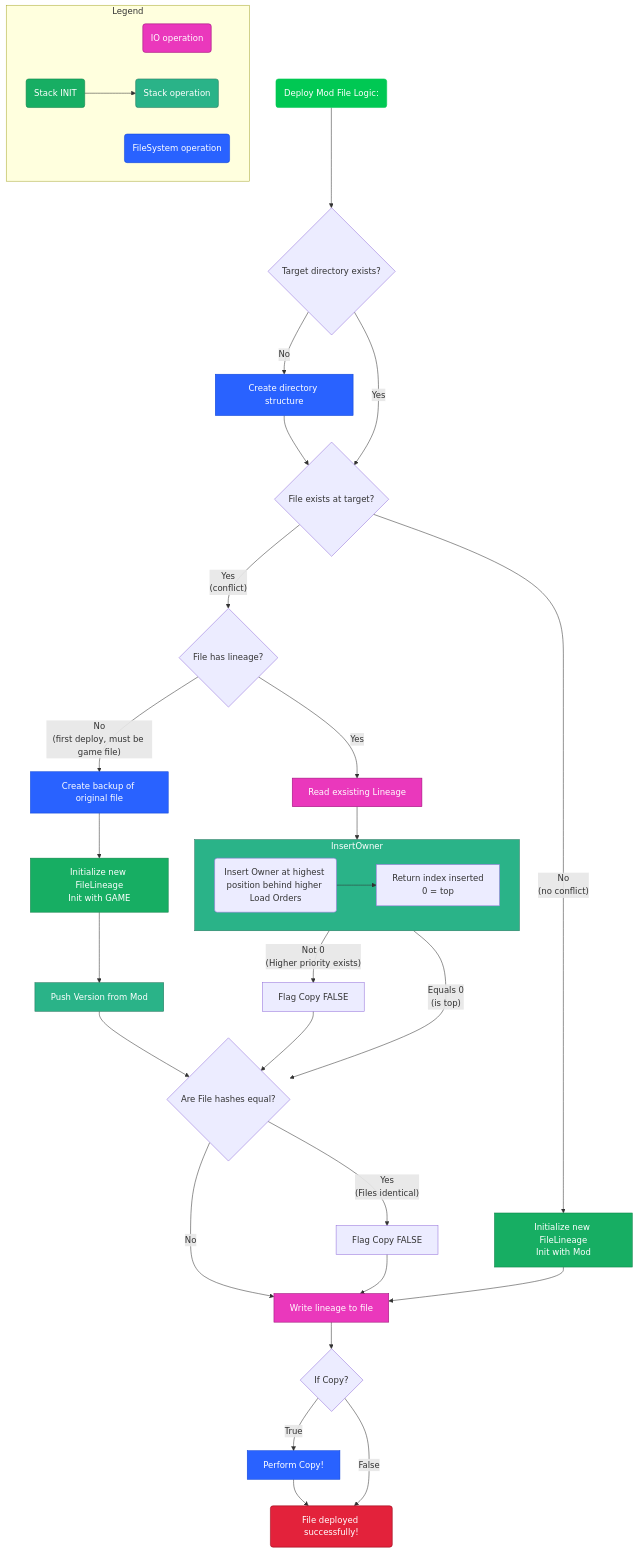
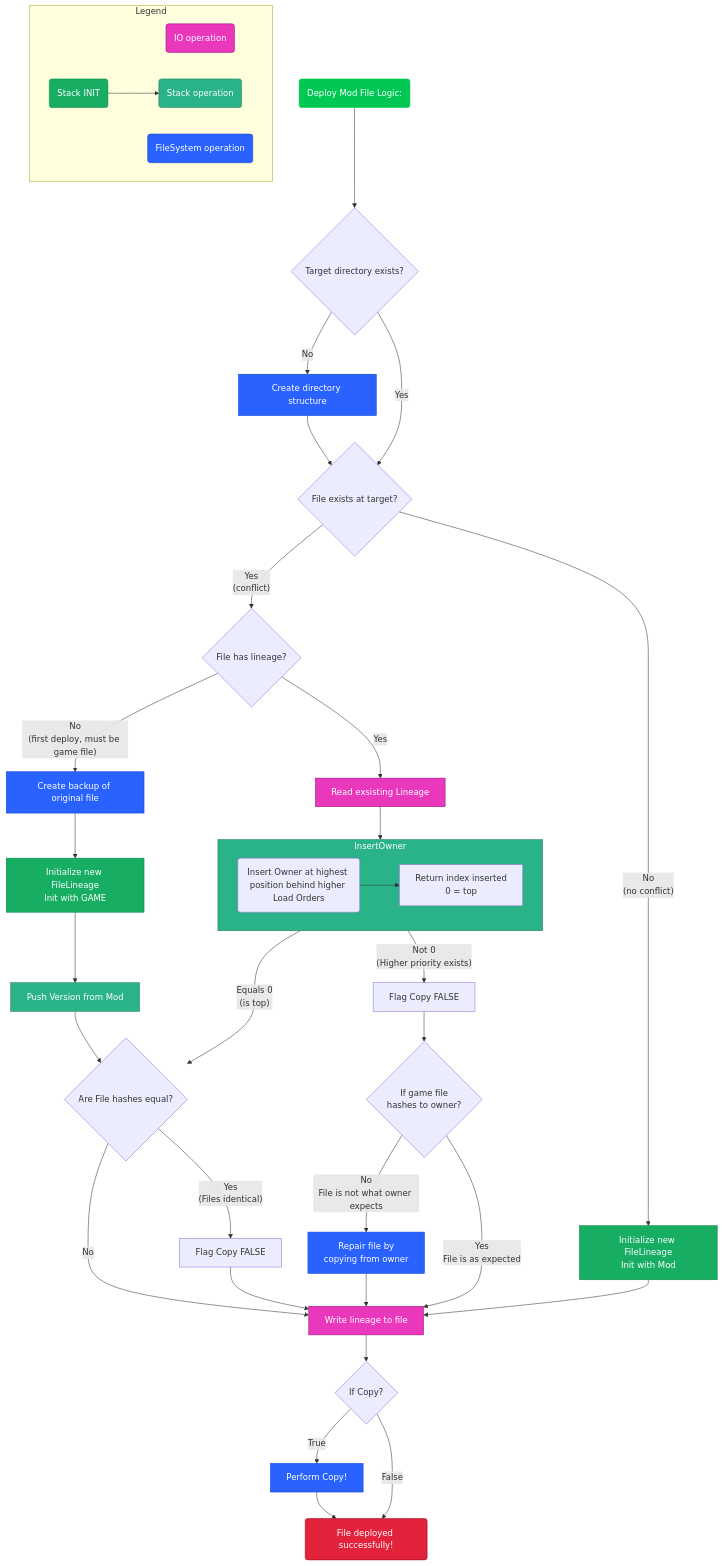
One commit to Onberg47/FileChange_Mod_Manager changed the diagram in docs/diagrams/ModFile_copy_logic.mmd. Above: the diagram before and after it, drawn with Mermaid. The commit also changed 9 other files, not shown here.

First line of the commit message:
mod deploy bugfix. Fixed FileLineage not being handled correclty when mod are deployed, the ordering of the stack was wrong.

```diff
--- a/docs/diagrams/ModFile_copy_logic.mmd
+++ b/docs/diagrams/ModFile_copy_logic.mmd
@@ -1,83 +1,89 @@
 %% Author Stephanos B
 %% Date: 24/12/2025
 %% Describes the code used to handle any file copy actions to the Game Files.
 
 flowchart TD
     Start(Deploy Mod File Logic:) --> CheckDir{Target directory exists?}
     
     CheckDir -- No
         --> CreateDir[Create directory structure]
         --> CheckFile{File exists at target?}
     CheckDir -- Yes
         --> CheckFile
     
     CheckFile -- Yes<br/>(conflict)
         --> CheckLineage{File has lineage?}
     
         CheckLineage -- No<br/>(first deploy, must be game file)
             --> CreateBackup[Create backup of original file]
             --> InitLineageGAME[Initialize new FileLineage<br>Init with GAME]
             --> PushVersionMod[Push Version from Mod]
             --> CheckHash
         
         CheckLineage -- Yes
         --> ReadLineage[Read exsisting Lineage]
         --> InsertOwner
 
         InsertOwner -- Equals 0<br>(is top)
             --> CheckHash
         
         InsertOwner -- Not 0<br/>(Higher priority exists)
             --> CopyFalse[Flag Copy FALSE]
-            --> CheckHash
+            --> HashOrigin{If game file<br>hashes to owner?}
+            HashOrigin -- No<br>File is not what owner expects
+                --> RestoreOwner[Repair file by<br>copying from owner]
+                --> WriteLineage
+            HashOrigin -- Yes<br>File is as expected
+                --> WriteLineage
 
         CheckHash{Are File hashes equal?}
         CheckHash -- No
             --> WriteLineage
         CheckHash -- Yes<br/>(Files identical)
             --> CopyFalse2[Flag Copy FALSE]
             --> WriteLineage
 
         CheckFile -- No<br/>(no conflict)
                 --> InitLineageMod[Initialize new FileLineage<br>Init with Mod]
                 --> WriteLineage
 
     WriteLineage[Write lineage to file] --> IfCopy
 
     IfCopy{If Copy?}
     IfCopy -- True
         --> Copy[Perform Copy!] --> End
     IfCopy -- False
         --> End(File deployed successfully!)
 
 %% SubGraphs
     subgraph InsertOwner
         A(Insert Owner at highest position behind higher Load Orders)
         --> Return[Return index inserted<br>0 = top]
     end
 
     subgraph Legend
         IO_OP(IO operation)
         Stack_INIT(Stack INIT) --> Stack_OP(Stack operation)
         FileS_OP(FileSystem operation)
     end
 
 %% Styles
     style Start color:#FFFFFF, fill:#00C853, stroke:#00C853
     style End color:#FFFFFF, fill:#e3223b, stroke:#930013
     
     style IO_OP color:#FFFFFF, fill:#ea38bc, stroke:#980d74
     style ReadLineage color:#FFFFFF, fill:#ea38bc, stroke:#980d74
     style WriteLineage color:#FFFFFF, fill:#ea38bc, stroke:#980d74
     
     style Stack_INIT color:#FFFFFF, fill:#17ae63, stroke:#0b7f45
     style InitLineageGAME color:#FFFFFF, fill:#17ae63, stroke:#0b7f45
     style InitLineageMod color:#FFFFFF, fill:#17ae63, stroke:#0b7f45
     style Stack_OP color:#FFFFFF, fill:#2ab388, stroke:#26775e
     style PushVersionMod color:#FFFFFF, fill:#2ab388, stroke:#26775e
     style InsertOwner color:#FFFFFF, fill:#2ab388, stroke:#26775e
     
     style FileS_OP color:#FFFFFF, fill:#2962FF, stroke:#0b42d6
     style CreateDir color:#FFFFFF, fill:#2962FF, stroke:#0b42d6
     style CreateBackup color:#FFFFFF, fill:#2962FF, stroke:#0b42d6
+    style RestoreOwner color:#FFFFFF, fill:#2962FF, stroke:#0b42d6
     style Copy color:#FFFFFF, fill:#2962FF, stroke:#0b42d6
```
